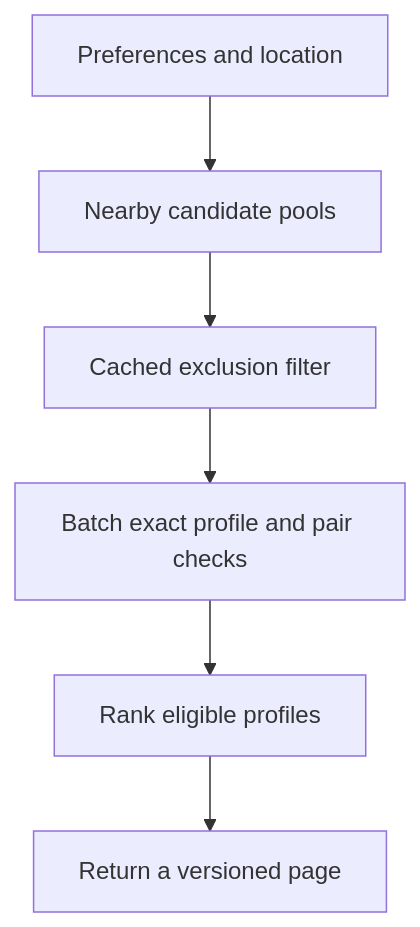
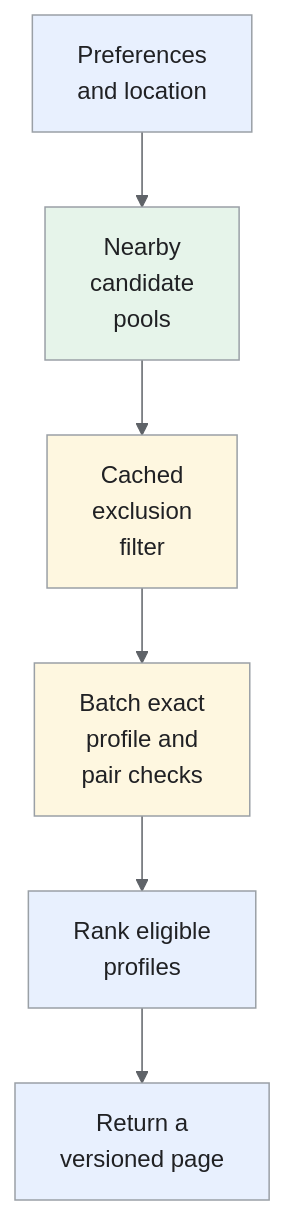
Before and after one commit to iliazlobin/iliazlobin.github.io: the third of 5 diagrams in _designs/system-design-tinder.md, drawn with Mermaid. The commit also changed other lines of this file and 131 other files, not shown here.

````diff
--- a/_designs/system-design-tinder.md
+++ b/_designs/system-design-tinder.md
@@ -185,8 +238,16 @@
 ```mermaid
+%%{init: {"theme":"base","themeVariables":{"primaryColor":"#e8f0fe","primaryBorderColor":"#9aa0a6","primaryTextColor":"#202124","secondaryColor":"#e6f4ea","tertiaryColor":"#fef7e0","lineColor":"#5f6368","actorBkg":"#e8f0fe","actorBorder":"#9aa0a6","actorTextColor":"#202124","noteBkgColor":"#fef7e0","noteBorderColor":"#9aa0a6","noteTextColor":"#202124","signalColor":"#5f6368","signalTextColor":"#202124"}}}%%
 flowchart TB
-  A[Preferences and location] --> B[Nearby candidate pools]
-  B --> C[Cached exclusion filter]
-  C --> D[Batch exact profile and pair checks]
-  D --> E[Rank eligible profiles]
-  E --> F[Return a versioned page]
+  A["Preferences<br>and location"] --> B["Nearby<br>candidate<br>pools"]
+  B --> C["Cached<br>exclusion<br>filter"]
+  C --> D["Batch exact<br>profile and<br>pair checks"]
+  D --> E["Rank eligible<br>profiles"]
+  E --> F["Return a<br>versioned page"]
+classDef request fill:#e8f0fe,stroke:#9aa0a6,color:#202124;
+classDef data fill:#e6f4ea,stroke:#9aa0a6,color:#202124;
+classDef control fill:#fef7e0,stroke:#9aa0a6,color:#202124;
+class A,E,F request;
+class B data;
+class C,D control;
+
 ```
````
